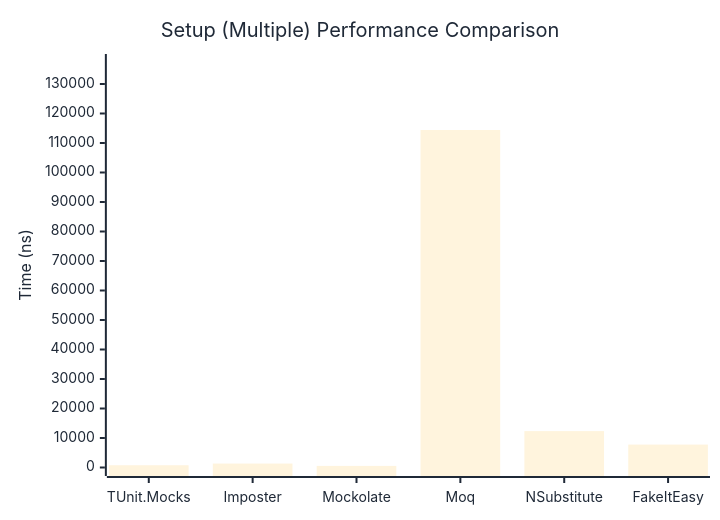
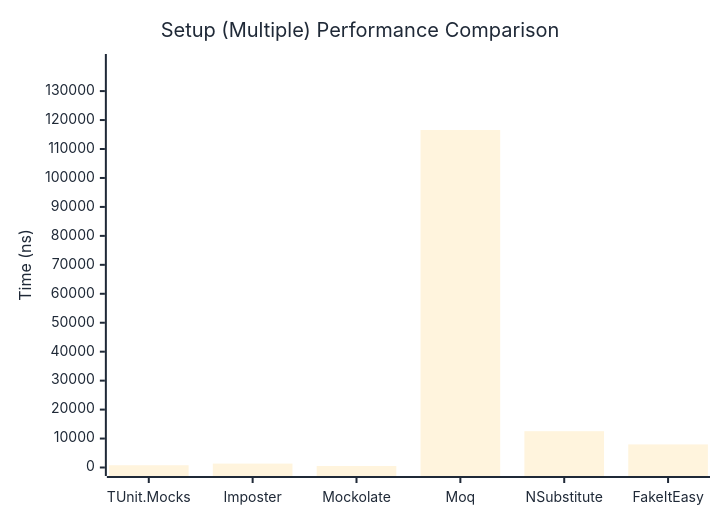
One commit to thomhurst/TUnit changed the second of 2 diagrams in docs/docs/benchmarks/mocks/Setup.md. Above: the diagram before and after it, drawn with Mermaid. The commit also changed other lines of this file and 14 other files, not shown here.

````diff
--- a/docs/docs/benchmarks/mocks/Setup.md
+++ b/docs/docs/benchmarks/mocks/Setup.md
@@ -71,27 +71,27 @@
 ```mermaid
 %%{init: {
   'theme':'base',
   'themeVariables': {
     'primaryColor': '#2563eb',
     'primaryTextColor': '#1f2937',
     'primaryBorderColor': '#1e40af',
     'lineColor': '#6b7280',
     'secondaryColor': '#7c3aed',
     'tertiaryColor': '#dc2626',
     'background': '#ffffff',
     'pie1': '#2563eb',
     'pie2': '#7c3aed',
     'pie3': '#dc2626',
     'pie4': '#f59e0b',
     'pie5': '#10b981',
     'pie6': '#06b6d4',
     'pie7': '#ec4899',
     'pie8': '#6366f1'
   }
 }}%%
 xychart-beta
   title "Setup (Multiple) Performance Comparison"
   x-axis ["TUnit.Mocks", "Imposter", "Mockolate", "Moq", "NSubstitute", "FakeItEasy"]
-  y-axis "Time (ns)" 0 --> 137285
-  bar [764.1, 1338.4, 543.2, 114403.9, 12339, 7768.3]
+  y-axis "Time (ns)" 0 --> 139878
+  bar [780, 1348.4, 525.3, 116564.2, 12541.9, 7975.1]
 ```
````
